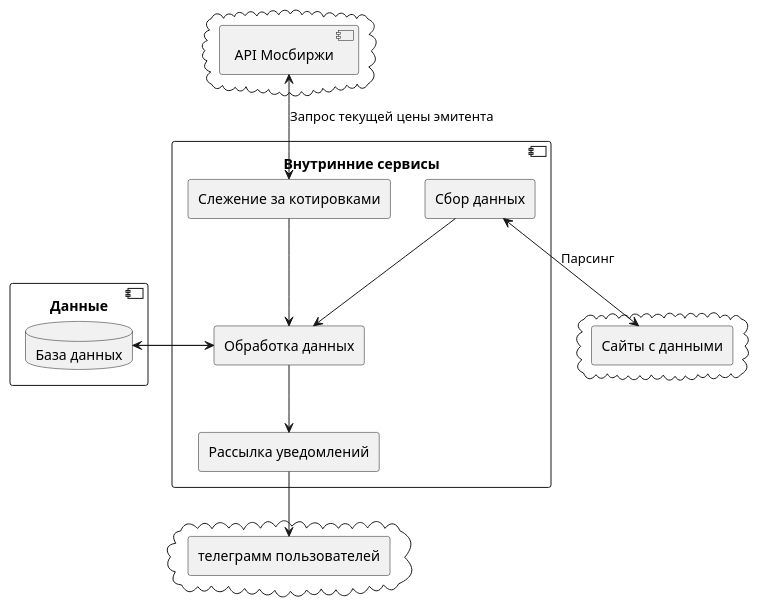
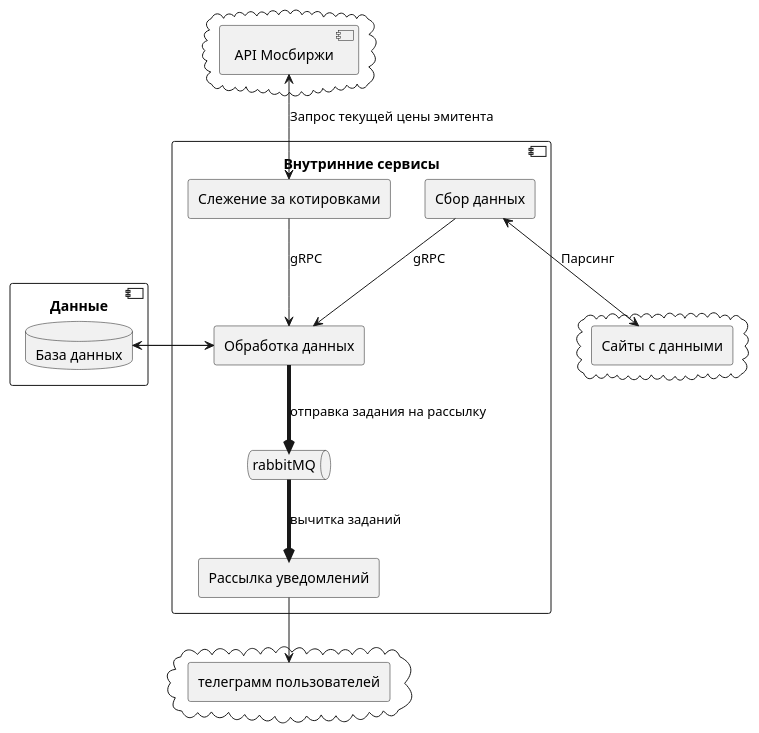
Before and after one commit to akolobaha/fin_quotes: the diagram in README.md, drawn with PlantUML. The commit also changed other lines of this file and 4 other files, not shown here.

````diff
--- a/README.md
+++ b/README.md
@@ -25,40 +29,43 @@
 ```plantuml
 @startuml
-
 component "Внутринние сервисы" {
 agent "Слежение за котировками" as tracker
 agent "Обработка данных" as storage
 agent "Рассылка уведомлений" as notification
 agent "Сбор данных" as parser
+
+queue rabbitMQ as rabbit
 }
 
 component "Данные" {
   database "База данных" as db
 }
 
 cloud {
 component "API Мосбиржи" as market
 }
 
 cloud {
 agent "телеграмм пользователей" as telegramm
 }
 
 cloud {
 agent "Сайты с данными" as externalData
 }
 
 parser<-->externalData : Парсинг
-tracker-->storage
-storage-->notification
-parser-->storage
+tracker-->storage : gRPC
+
+parser-->storage : gRPC
+
+storage-[thickness=4]->rabbit :"отправка задания на рассылку" 
+rabbit-[thickness=4]->notification : "вычитка заданий"
 
 market<-->tracker : "Запрос текущей цены эмитента"
 
 notification-->telegramm
 
 storage-->db
 db->storage
-
 @enduml
 ```
````
